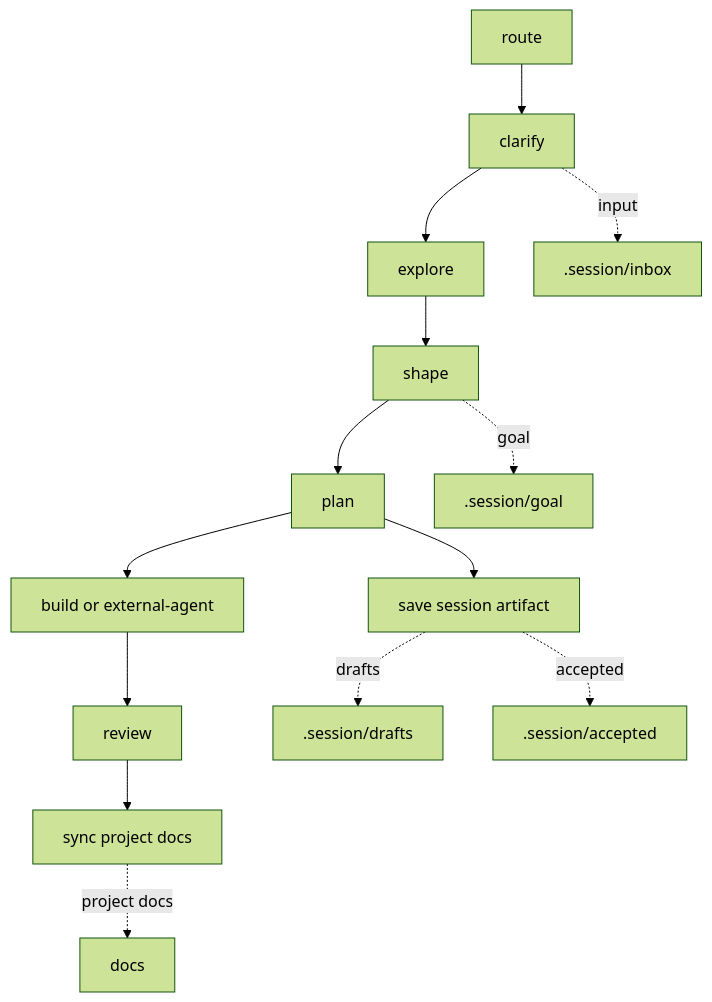
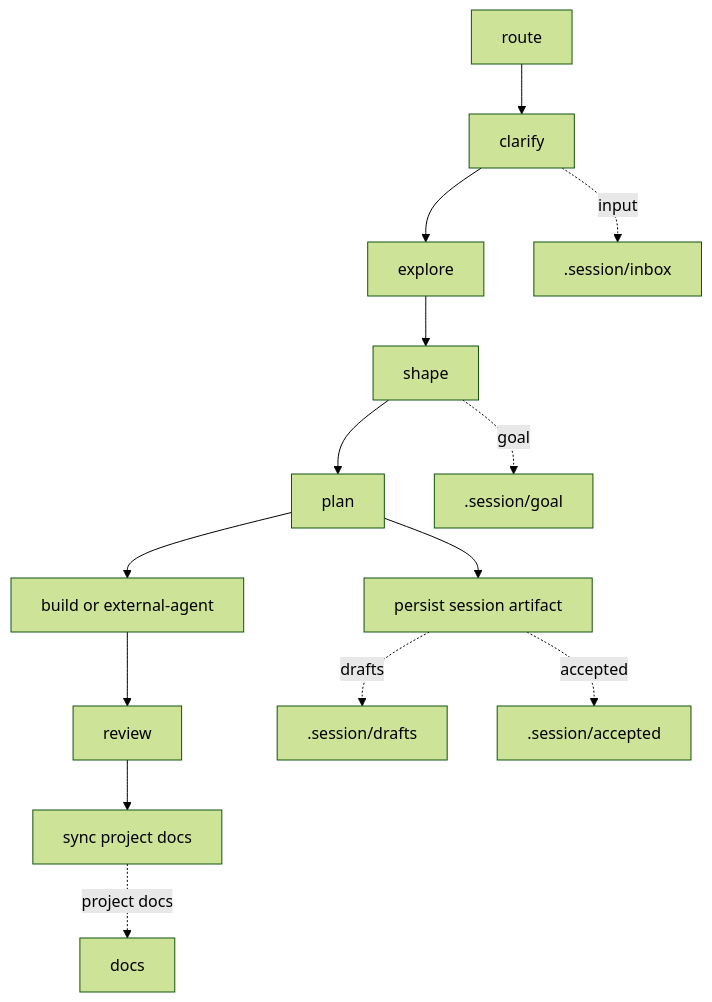
The diagram in .workflow/README.md (FlutteryEmbers/workflow), drawn with Mermaid (forest theme) before and after one commit. The commit also changed other lines of this file and 35 other files, not shown here.

````diff
--- a/.workflow/README.md
+++ b/.workflow/README.md
@@ -7,17 +7,17 @@
 ```mermaid
 graph TD
     R["route"] --> C["clarify"]
     C --> E["explore"]
     E --> S["shape"]
     S --> P["plan"]
-    P --> W["save session artifact"]
+    P --> W["persist session artifact"]
     P --> B["build or external-agent"]
     B --> V["review"]
     V --> Y["sync project docs"]
 
     C -. "input" .-> N[".session/inbox"]
     W -. "drafts" .-> D[".session/drafts"]
     W -. "accepted" .-> A[".session/accepted"]
     S -. "goal" .-> G[".session/goal"]
     Y -. "project docs" .-> F["docs"]
 ```
````
